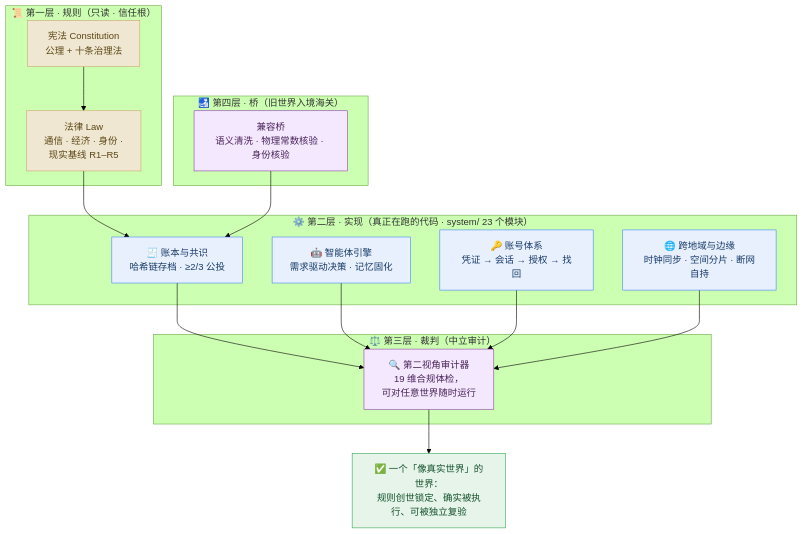
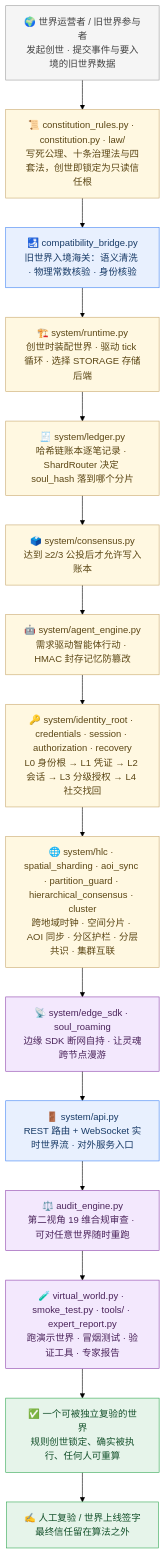
One commit to nohn3043-arch/Second-Reality changed the diagram in README-zh.md. Above: the diagram before and after it, drawn with Mermaid (forest theme). The commit also changed other lines of this file and 1 other file, not shown here.

Commit message:
docs: redraw architecture as a module-level flowchart (EN+ZH)

````diff
--- a/README-zh.md
+++ b/README-zh.md
@@ -98,40 +98,58 @@
 ```mermaid
 flowchart TB
-    subgraph L1["📜 第一层 · 规则（只读 · 信任根）"]
-        A1["宪法 Constitution<br/>公理 + 十条治理法"]
-        A2["法律 Law<br/>通信 · 经济 · 身份 ·<br/>现实基线 R1–R5"]
-    end
+    UP["🌍 世界运营者 / 旧世界参与者<br/>发起创世 · 提交事件与要入境的旧世界数据"]
 
-    subgraph L2["⚙️ 第二层 · 实现（真正在跑的代码 · system/ 23 个模块）"]
-        B1["🧾 账本与共识<br/>哈希链存档 · ≥2/3 公投"]
-        B2["🤖 智能体引擎<br/>需求驱动决策 · 记忆固化"]
-        B3["🔑 账号体系<br/>凭证 → 会话 → 授权 → 找回"]
-        B4["🌐 跨地域与边缘<br/>时钟同步 · 空间分片 · 断网自持"]
-    end
+    RULES["📜 constitution_rules.py · constitution.py · law/<br/>写死公理、十条治理法与四套法，创世即锁定为只读信任根"]
 
-    subgraph L3["⚖️ 第三层 · 裁判（中立审计）"]
-        C["🔍 第二视角审计器<br/>19 维合规体检，<br/>可对任意世界随时运行"]
-    end
+    BRIDGE["🛃 compatibility_bridge.py<br/>旧世界入境海关：语义清洗 · 物理常数核验 · 身份核验"]
 
-    subgraph L4["🛃 第四层 · 桥（旧世界入境海关）"]
-        D["兼容桥<br/>语义清洗 · 物理常数核验 · 身份核验"]
-    end
+    RT["🏗️ system/runtime.py<br/>创世时装配世界 · 驱动 tick 循环 · 选择 STORAGE 存储后端"]
 
-    A1 --> A2
-    A2 --> B1
-    D --> B1
-    B1 --> C
-    B2 --> C
-    B3 --> C
-    B4 --> C
-    C --> OUT["✅ 一个「像真实世界」的世界：<br/>规则创世锁定、确实被执行、可被独立复验"]
+    LEDGER["🧾 system/ledger.py<br/>哈希链账本逐笔记录 · ShardRouter 决定 soul_hash 落到哪个分片"]
 
-    classDef cRule fill:#EFE7D2,stroke:#C9A96E,stroke-width:1px,color:#5B4614
-    classDef cImpl fill:#E8F0FE,stroke:#4285F4,stroke-width:1px,color:#173A66
-    classDef cJudge fill:#F3E8FD,stroke:#8E44AD,stroke-width:1px,color:#4A235A
+    CONSENSUS["🗳️ system/consensus.py<br/>达到 ≥2/3 公投后才允许写入账本"]
+
+    AGENT["🤖 system/agent_engine.py<br/>需求驱动智能体行动 · HMAC 封存记忆防篡改"]
+
+    IDENTITY["🔑 system/identity_root · credentials · session · authorization · recovery<br/>L0 身份根 → L1 凭证 → L2 会话 → L3 分级授权 → L4 社交找回"]
+
+    GEO["🌐 system/hlc · spatial_sharding · aoi_sync · partition_guard · hierarchical_consensus · cluster<br/>跨地域时钟 · 空间分片 · AOI 同步 · 分区护栏 · 分层共识 · 集群互联"]
+
+    EDGE["📡 system/edge_sdk · soul_roaming<br/>边缘 SDK 断网自持 · 让灵魂跨节点漫游"]
+
+    API["🚪 system/api.py<br/>REST 路由 + WebSocket 实时世界流 · 对外服务入口"]
+
+    AUDIT["⚖️ audit_engine.py<br/>第二视角 19 维合规审查 · 可对任意世界随时重跑"]
+
+    DEMO["🧪 virtual_world.py · smoke_test.py · tools/ · expert_report.py<br/>跑演示世界 · 冒烟测试 · 验证工具 · 专家报告"]
+
+    OUT["✅ 一个可被独立复验的世界<br/>规则创世锁定、确实被执行、任何人可重算"]
+
+    HUMAN["✍️ 人工复验 / 世界上线签字<br/>最终信任留在算法之外"]
+
+    UP --> RULES
+    RULES --> BRIDGE
+    BRIDGE --> RT
+    RT --> LEDGER
+    LEDGER --> CONSENSUS
+    CONSENSUS --> AGENT
+    AGENT --> IDENTITY
+    IDENTITY --> GEO
+    GEO --> EDGE
+    EDGE --> API
+    API --> AUDIT
+    AUDIT --> DEMO
+    DEMO --> OUT
+    OUT --> HUMAN
+
+    classDef cUp fill:#F5F5F5,stroke:#9E9E9E,stroke-width:1px,color:#424242
+    classDef cIn fill:#E8F0FE,stroke:#4285F4,stroke-width:1px,color:#173A66
+    classDef cCore fill:#FFF8E1,stroke:#C9A96E,stroke-width:1px,color:#5B4614
+    classDef cSide fill:#F3E8FD,stroke:#8E44AD,stroke-width:1px,color:#4A235A
     classDef cOut fill:#E6F4EA,stroke:#34A853,stroke-width:1px,color:#14512B
-    class A1,A2 cRule
-    class B1,B2,B3,B4 cImpl
-    class C,D cJudge
-    class OUT cOut
+    class UP cUp
+    class BRIDGE,API cIn
+    class RULES,RT,LEDGER,CONSENSUS,AGENT,IDENTITY,GEO cCore
+    class EDGE,AUDIT,DEMO cSide
+    class OUT,HUMAN cOut
 ```
````
